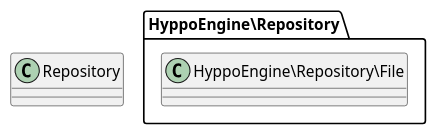
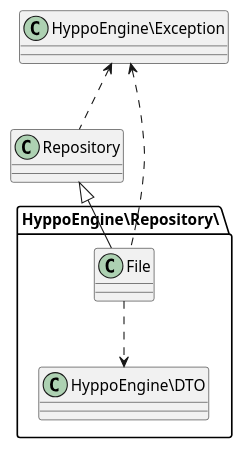
Before and after one commit to inutcin/hyppo-engine: the diagram in docs/classes/wsd/Repository.package.wsd, drawn with PlantUML. The commit also changed 30 other files, not shown here.

```diff
--- a/docs/classes/wsd/Repository.package.wsd
+++ b/docs/classes/wsd/Repository.package.wsd
@@ -1,6 +1,12 @@
-class Repository {
+class HyppoEngine\Repository as "Repository" {
 }
-package HyppoEngine\Repository {
-    class HyppoEngine\Repository\File {
+HyppoEngine\Repository .up.> HyppoEngine\Exception
+
+package HyppoEngine\Repository\ {
+    class HyppoEngine\Repository\File as "File" {
     }
+    HyppoEngine\Repository\File -up-|> HyppoEngine\Repository
+    HyppoEngine\Repository\File .down.> HyppoEngine\DTO
+    HyppoEngine\Repository\File .up.> HyppoEngine\Exception
+    
 }
```
